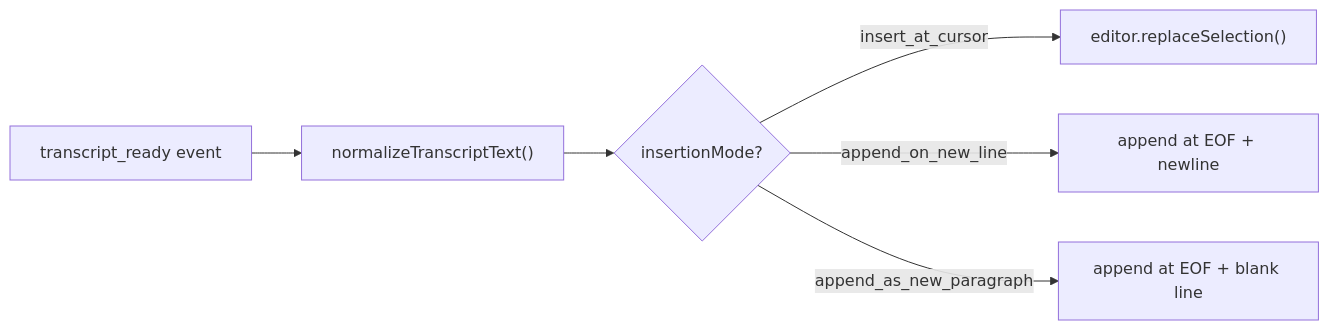
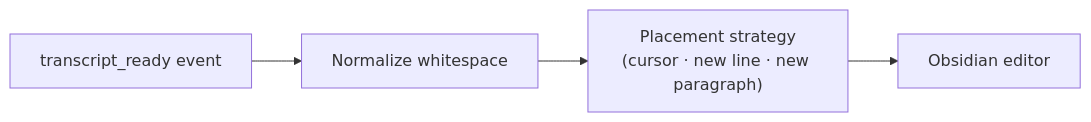
The seventh of 7 diagrams in docs/architecture/system-architecture.md (brittain9/obsidian-local-speech-to-text), drawn with Mermaid before and after one commit. The commit also changed other lines of this file and 4 other files, not shown here.

````diff
--- a/docs/architecture/system-architecture.md
+++ b/docs/architecture/system-architecture.md
@@ -315,8 +329,6 @@
 ```mermaid
 flowchart LR
-    TR["transcript_ready event"] --> NORM["normalizeTranscriptText()"]
-    NORM --> MODE{"insertionMode?"}
-    MODE -->|insert_at_cursor| REPL["editor.replaceSelection()"]
-    MODE -->|append_on_new_line| APPEND["append at EOF + newline"]
-    MODE -->|append_as_new_paragraph| PARA["append at EOF + blank line"]
+    TR["transcript_ready event"] --> NORM["Normalize whitespace"]
+    NORM --> PLACE["Placement strategy<br/>(cursor · new line · new paragraph)"]
+    PLACE --> ED["Obsidian editor"]
 ```
````
